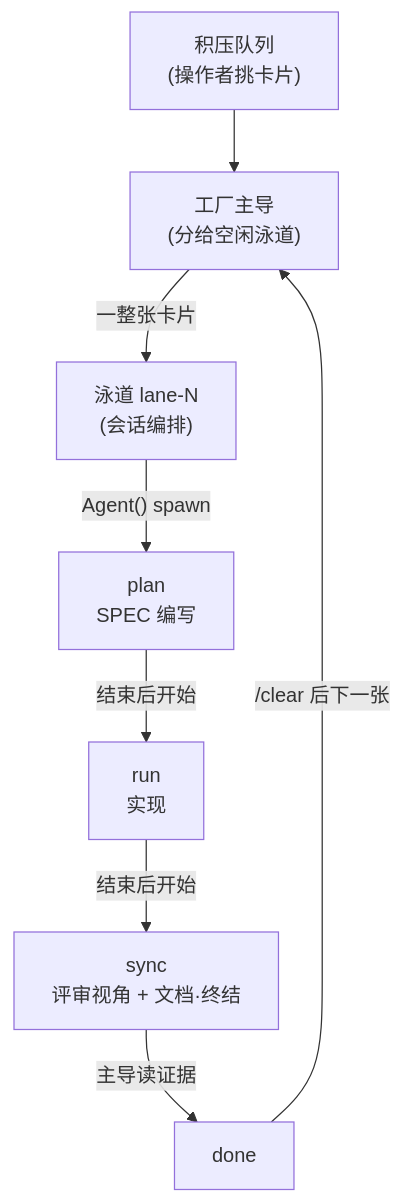
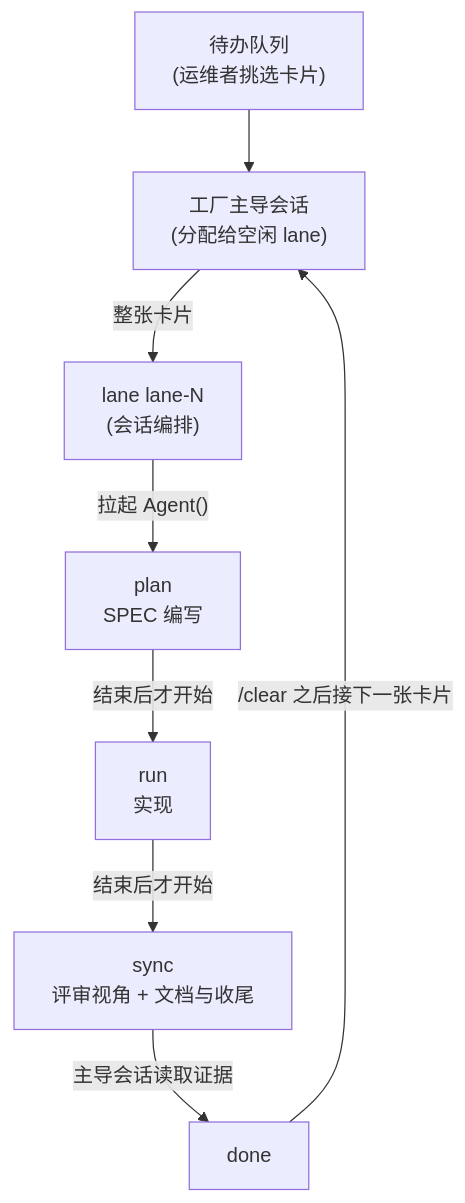
One commit to modu-ai/moai-adk changed the diagram in docs-site/content/zh/advanced/factory-mode.md. Above: the diagram before and after it, drawn with Mermaid. The commit also changed other lines of this file and 3 other files, not shown here.

````diff
--- a/docs-site/content/zh/advanced/factory-mode.md
+++ b/docs-site/content/zh/advanced/factory-mode.md
@@ -71,10 +92,10 @@
 ```mermaid
 flowchart TD
-    Queue["积压队列<br/>(操作者挑卡片)"] --> Lead["工厂主导<br/>(分给空闲泳道)"]
-    Lead -->|"一整张卡片"| Lane["泳道 lane-N<br/>(会话编排)"]
-    Lane -->|"Agent() spawn"| Plan["plan<br/>SPEC 编写"]
-    Plan -->|"结束后开始"| Run["run<br/>实现"]
-    Run -->|"结束后开始"| Sync["sync<br/>评审视角 + 文档·终结"]
-    Sync -->|"主导读证据"| Done["done"]
-    Done -->|"/clear 后下一张"| Lead
+    Queue["待办队列<br/>(运维者挑选卡片)"] --> Lead["工厂主导会话<br/>(分配给空闲 lane)"]
+    Lead -->|"整张卡片"| Lane["lane lane-N<br/>(会话编排)"]
+    Lane -->|"拉起 Agent()"| Plan["plan<br/>SPEC 编写"]
+    Plan -->|"结束后才开始"| Run["run<br/>实现"]
+    Run -->|"结束后才开始"| Sync["sync<br/>评审视角 + 文档与收尾"]
+    Sync -->|"主导会话读取证据"| Done["done"]
+    Done -->|"/clear 之后接下一张卡片"| Lead
 ```
````
